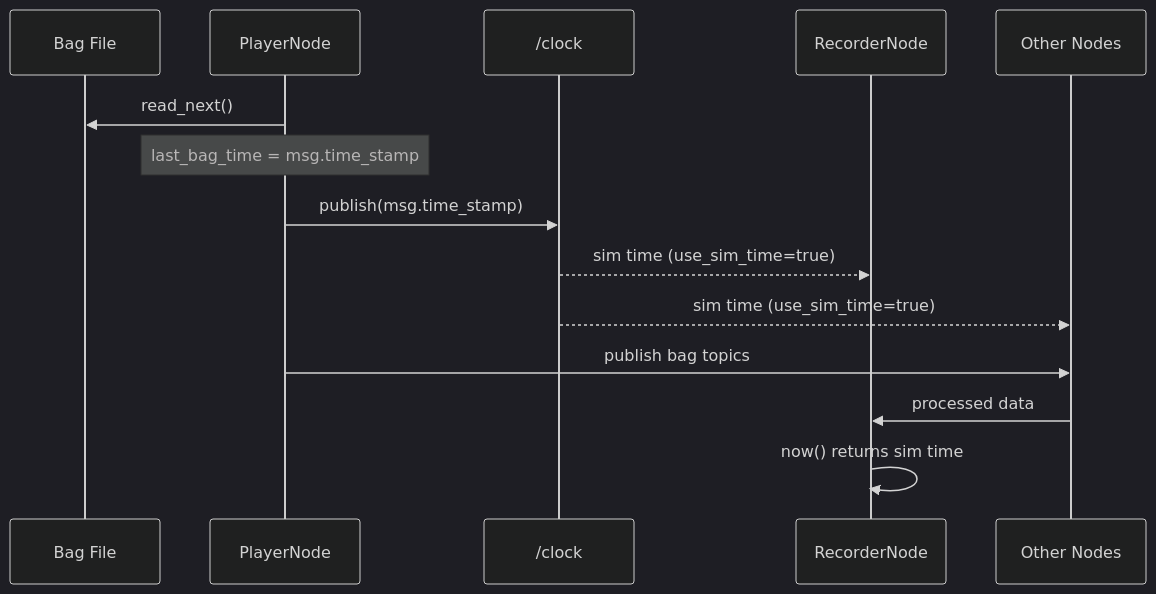
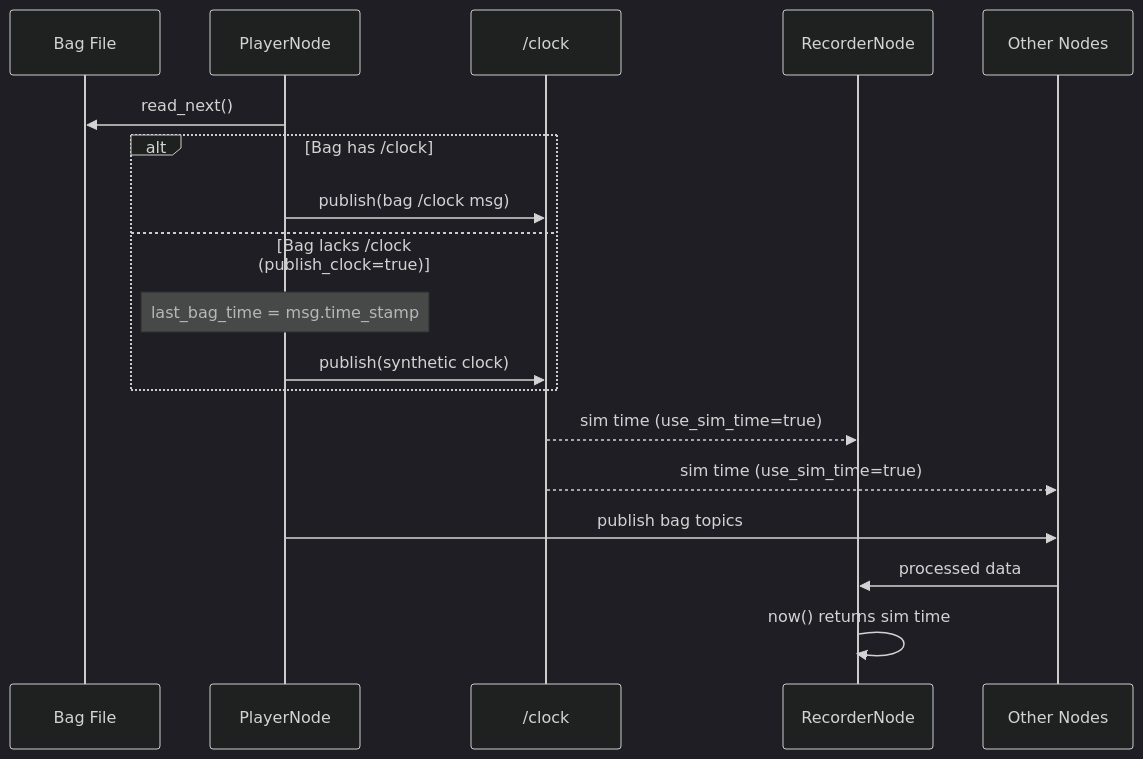
One commit to glausha/composable_player changed the third of 3 diagrams in API.md. Above: the diagram before and after it, drawn with Mermaid (dark theme). The commit also changed other lines of this file, not shown here.

````diff
--- a/API.md
+++ b/API.md
@@ -163,17 +185,21 @@
 ```mermaid
 sequenceDiagram
     participant Bag as Bag File
     participant Player as PlayerNode
     participant Clock as /clock
     participant Recorder as RecorderNode
     participant Other as Other Nodes
 
     Player->>Bag: read_next()
-    Note over Player: last_bag_time = msg.time_stamp
-    Player->>Clock: publish(msg.time_stamp)
+    alt Bag has /clock
+        Player->>Clock: publish(bag /clock msg)
+    else Bag lacks /clock (publish_clock=true)
+        Note over Player: last_bag_time = msg.time_stamp
+        Player->>Clock: publish(synthetic clock)
+    end
     Clock-->>Recorder: sim time (use_sim_time=true)
     Clock-->>Other: sim time (use_sim_time=true)
     Player->>Other: publish bag topics
     Other->>Recorder: processed data
     Recorder->>Recorder: now() returns sim time
 ```
````
